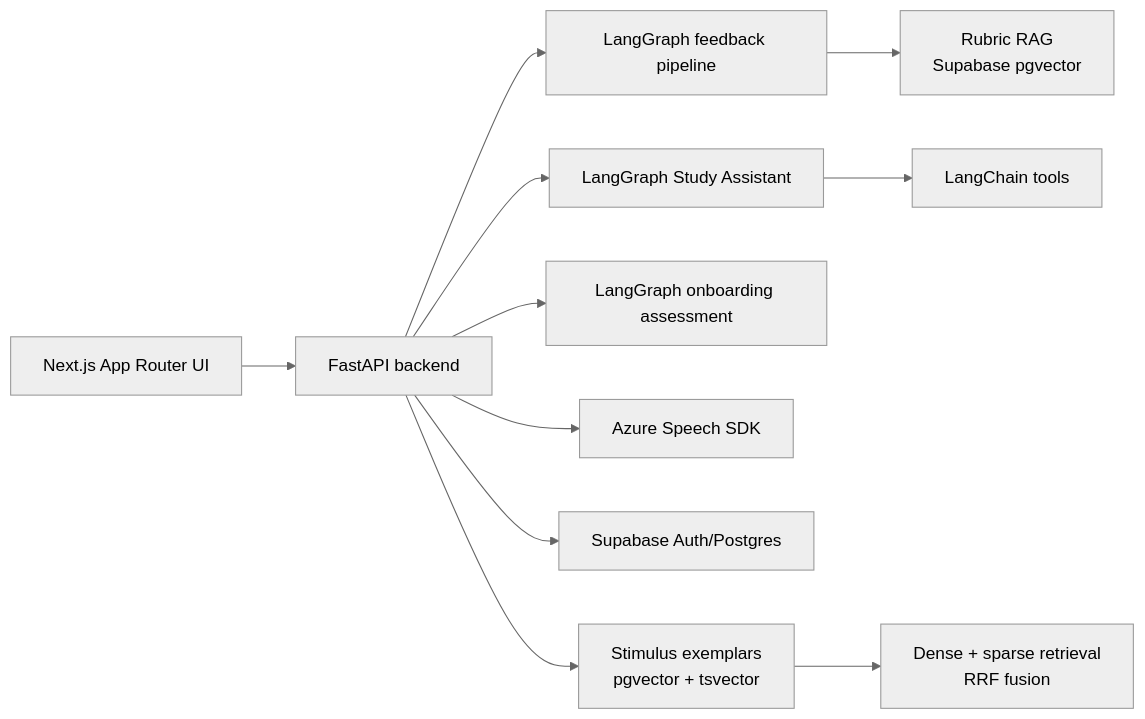
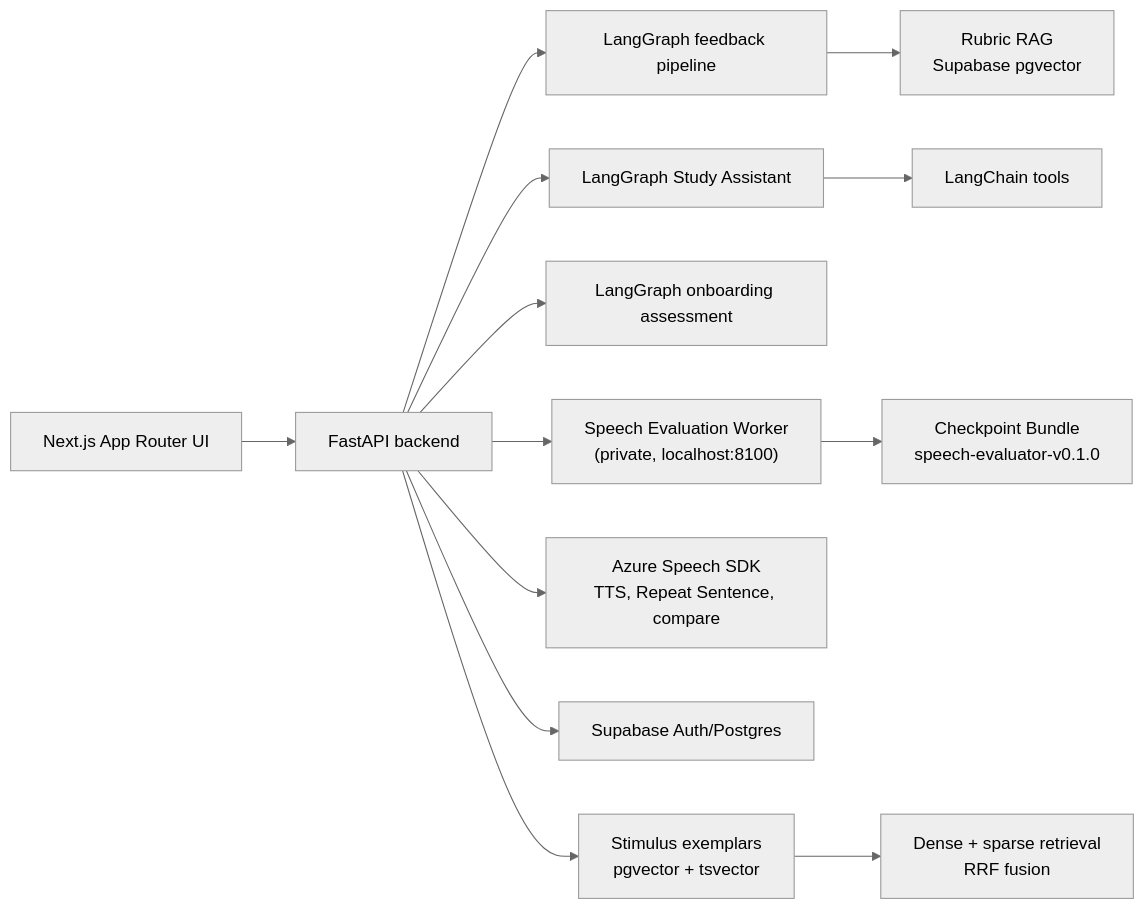
Before and after one commit to ShuXingX1ng/EchoLingo: the first of 2 diagrams in README.md, drawn with Mermaid (neutral theme). The commit also changed other lines of this file and 3 other files, not shown here.

First line of the commit message:
docs: bring the README up to date and record the real Azure Compare run

````diff
--- a/README.md
+++ b/README.md
@@ -83,13 +98,15 @@
 ```mermaid
 flowchart LR
   Browser["Next.js App Router UI"] --> API["FastAPI backend"]
   API --> Feedback["LangGraph feedback pipeline"]
   API --> Assistant["LangGraph Study Assistant"]
   API --> Onboarding["LangGraph onboarding assessment"]
-  API --> Speech["Azure Speech SDK"]
+  API --> Worker["Speech Evaluation Worker<br/>(private, localhost:8100)"]
+  API --> Speech["Azure Speech SDK<br/>TTS, Repeat Sentence, compare"]
   API --> Supabase["Supabase Auth/Postgres"]
+  Worker --> Bundle["Checkpoint Bundle<br/>speech-evaluator-v0.1.0"]
   Feedback --> RubricRag["Rubric RAG<br/>Supabase pgvector"]
   Assistant --> Tools["LangChain tools"]
   API --> ExemplarStore["Stimulus exemplars<br/>pgvector + tsvector"]
   ExemplarStore --> Hybrid["Dense + sparse retrieval<br/>RRF fusion"]
 ```
````
